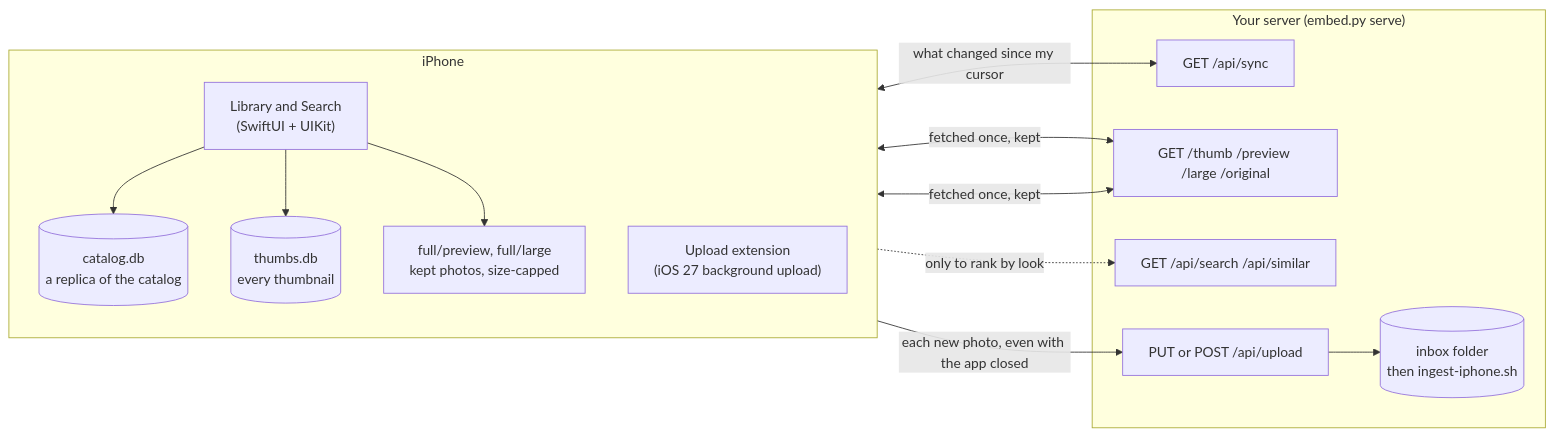
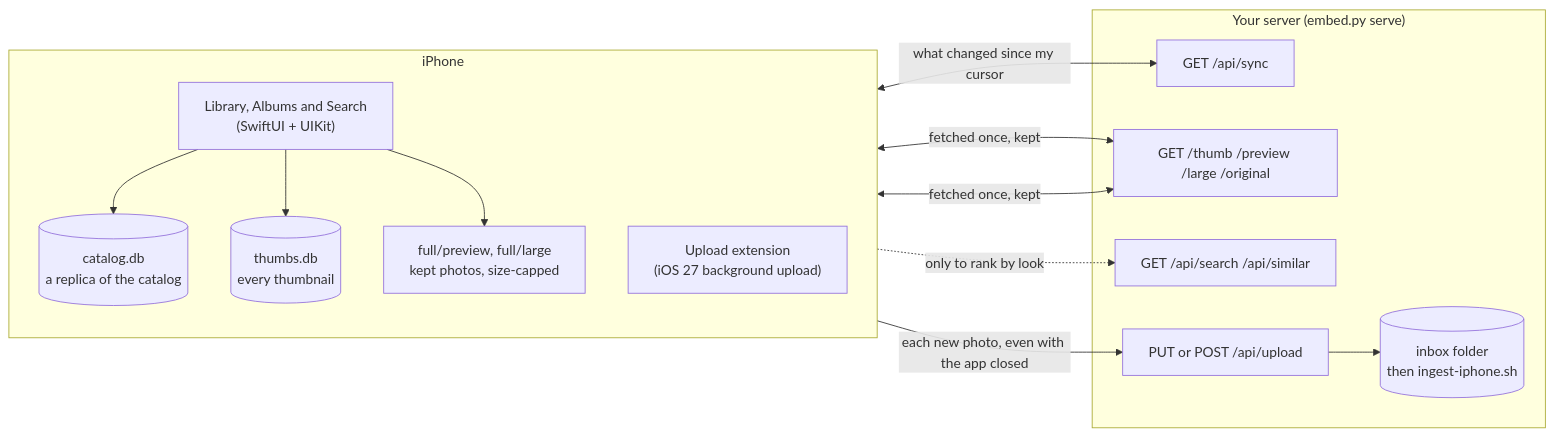
One commit to jflam/photo-estate changed the diagram in docs/book/19-iphone-app.md. Above: the diagram before and after it, drawn with Mermaid. The commit also changed other lines of this file and 36 other files, not shown here.

````diff
--- a/docs/book/19-iphone-app.md
+++ b/docs/book/19-iphone-app.md
@@ -12,24 +12,24 @@
 ```mermaid
 flowchart LR
     subgraph Phone["iPhone"]
       direction TB
       CAT[("catalog.db<br/>a replica of the catalog")]
       TH[("thumbs.db<br/>every thumbnail")]
       FULL["full/preview, full/large<br/>kept photos, size-capped"]
-      UI["Library and Search<br/>(SwiftUI + UIKit)"]
+      UI["Library, Albums and Search<br/>(SwiftUI + UIKit)"]
       EXT["Upload extension<br/>(iOS 27 background upload)"]
       UI --> CAT & TH & FULL
     end
     subgraph Mac["Your server (embed.py serve)"]
       SYN["GET /api/sync"]
       IMG["GET /thumb /preview /large /original"]
       SRCH["GET /api/search /api/similar"]
       UPL["PUT or POST /api/upload"]
       INB[("inbox folder<br/>then ingest-iphone.sh")]
       UPL --> INB
     end
     CAT <-->|"what changed since my cursor"| SYN
     TH & FULL <-->|"fetched once, kept"| IMG
     UI -.->|"only to rank by look"| SRCH
     EXT -->|"each new photo, even with the app closed"| UPL
 ```
````
